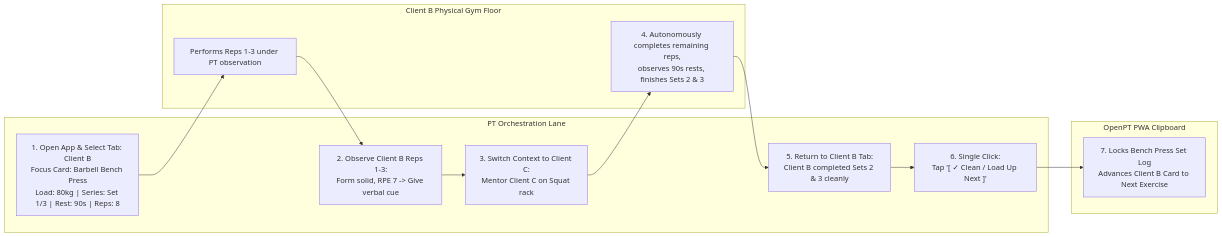
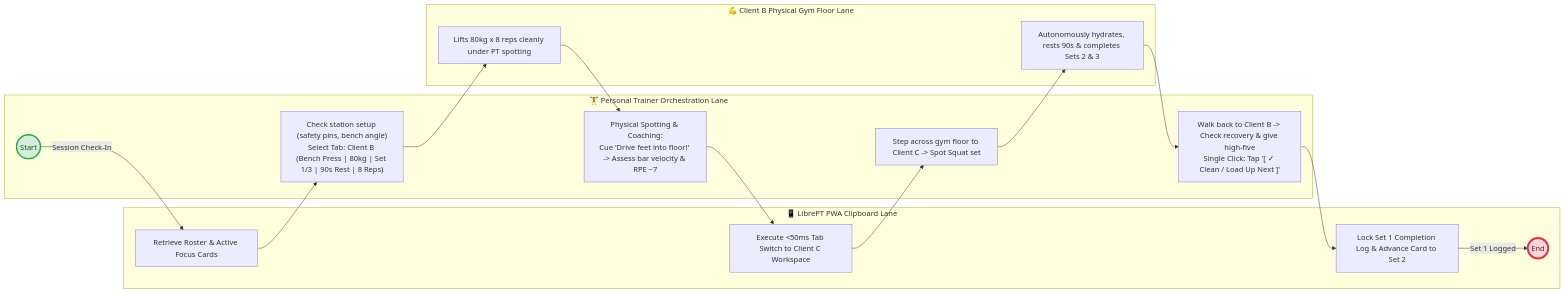
One commit to stutek/LibrePT changed the first of 4 diagrams in use_cases/uc1_gym_floor_clipboard.md. Above: the diagram before and after it, drawn with Mermaid. The commit also changed other lines of this file and 14 other files, not shown here.

````diff
--- a/use_cases/uc1_gym_floor_clipboard.md
+++ b/use_cases/uc1_gym_floor_clipboard.md
@@ -25,27 +25,36 @@
 ```mermaid
 graph LR
-    subgraph TrainerLane["PT Orchestration Lane"]
-        T1["1. Open App & Select Tab: Client B<br/>Focus Card: Barbell Bench Press<br/>Load: 80kg | Series: Set 1/3 | Rest: 90s | Reps: 8"]
-        T2["2. Observe Client B Reps 1-3:<br/>Form solid, RPE 7 -> Give verbal cue"]
-        T3["3. Switch Context to Client C:<br/>Mentor Client C on Squat rack"]
-        T4["5. Return to Client B Tab:<br/>Client B completed Sets 2 & 3 cleanly"]
-        T5["6. Single Click:<br/>Tap '[ ✓ Clean / Load Up Next ]'"]
+    subgraph PWALane ["📱 LibrePT PWA Clipboard Lane"]
+        PWA1["Retrieve Roster & Active Focus Cards"]
+        PWA2["Execute <50ms Tab Switch to Client C Workspace"]
+        PWA3["Lock Set 1 Completion Log & Advance Card to Set 2"]
+        End1(("End"))
     end
 
-    subgraph ClientBLane["Client B Physical Gym Floor"]
-        CB1["Performs Reps 1-3 under PT observation"]
-        CB2["4. Autonomously completes remaining reps,<br/>observes 90s rests, finishes Sets 2 & 3"]
+    subgraph TrainerLane ["🏋️ Personal Trainer Orchestration Lane"]
+        Start1(("Start"))
+        T1["Check station setup (safety pins, bench angle)<br/>Select Tab: Client B (Bench Press | 80kg | Set 1/3 | 90s Rest | 8 Reps)"]
+        T2["Physical Spotting & Coaching:<br/>Cue 'Drive feet into floor!' -> Assess bar velocity & RPE ~7"]
+        T3["Step across gym floor to Client C -> Spot Squat set"]
+        T4["Walk back to Client B -> Check recovery & give high-five<br/>Single Click: Tap '[ ✓ Clean / Load Up Next ]'"]
     end
 
-    subgraph PWALane["OpenPT PWA Clipboard"]
-        P1["7. Locks Bench Press Set Log<br/>Advances Client B Card to Next Exercise"]
+    subgraph ClientLane ["💪 Client B Physical Gym Floor Lane"]
+        CB1["Lifts 80kg x 8 reps cleanly under PT spotting"]
+        CB2["Autonomously hydrates, rests 90s & completes Sets 2 & 3"]
     end
 
+    Start1 -- "Session Check-In" --> PWA1
+    PWA1 --> T1
     T1 --> CB1
     CB1 --> T2
-    T2 --> T3
+    T2 --> PWA2
+    PWA2 --> T3
     T3 --> CB2
     CB2 --> T4
-    T4 --> T5
-    T5 --> P1
+    T4 --> PWA3
+    PWA3 -- "Set 1 Logged" --> End1
+
+    style Start1 fill:#d4edda,stroke:#28a745,stroke-width:3px,color:#155724
+    style End1 fill:#f8d7da,stroke:#dc3545,stroke-width:4px,color:#721c24
 ```
````
